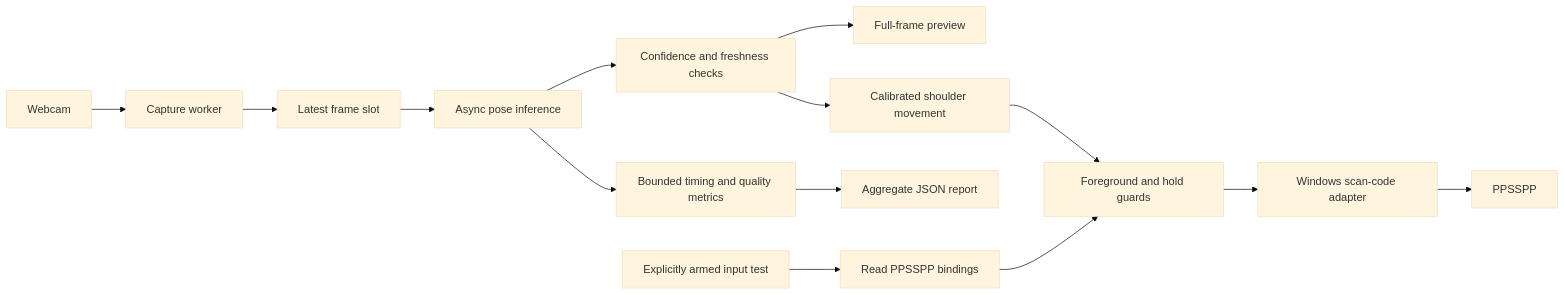
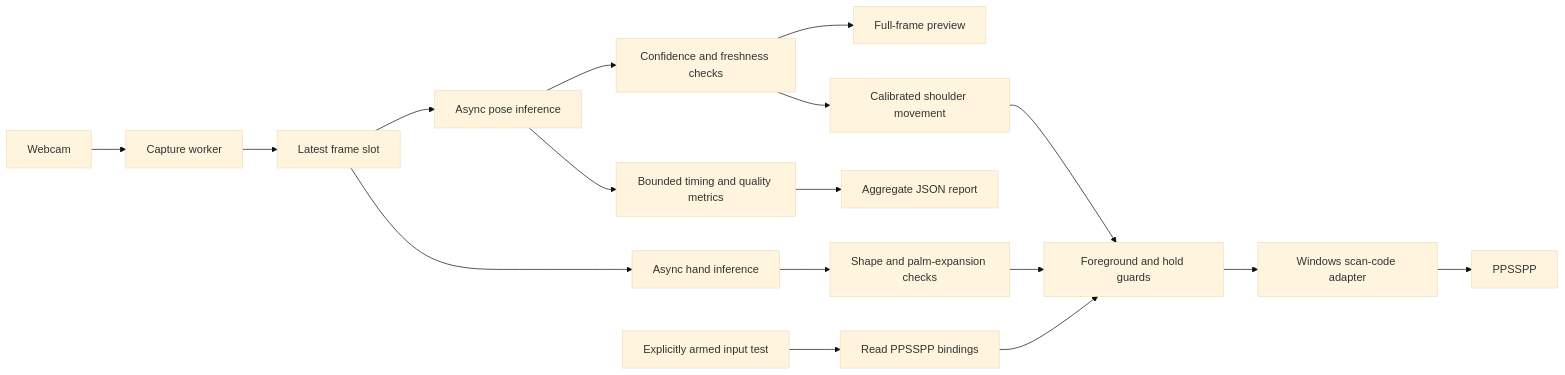
Before and after one commit to chittranshsharma/Shadow-Pad: the diagram in README.md, drawn with Mermaid (base theme). The commit also changed other lines of this file and 18 other files, not shown here.

First line of the commit message:
feat: replace pose-wrist attacks with dedicated hand tracking

````diff
--- a/README.md
+++ b/README.md
@@ -50,16 +51,19 @@
 ```mermaid
 flowchart LR
     Camera[Webcam] --> Capture[Capture worker]
     Capture --> Latest[Latest frame slot]
     Latest --> Pose[Async pose inference]
+    Latest --> Hands[Async hand inference]
+    Hands --> Attacks[Shape and palm-expansion checks]
+    Attacks --> Guard
     Pose --> Quality[Confidence and freshness checks]
     Quality --> Preview[Full-frame preview]
     Pose --> Metrics[Bounded timing and quality metrics]
     Metrics --> Report[Aggregate JSON report]
     CLI[Explicitly armed input test] --> Bindings[Read PPSSPP bindings]
     Bindings --> Guard[Foreground and hold guards]
     Guard --> Native[Windows scan-code adapter]
     Native --> Emulator[PPSSPP]
     Quality --> Movement[Calibrated shoulder movement]
     Movement --> Guard
 ```
````
